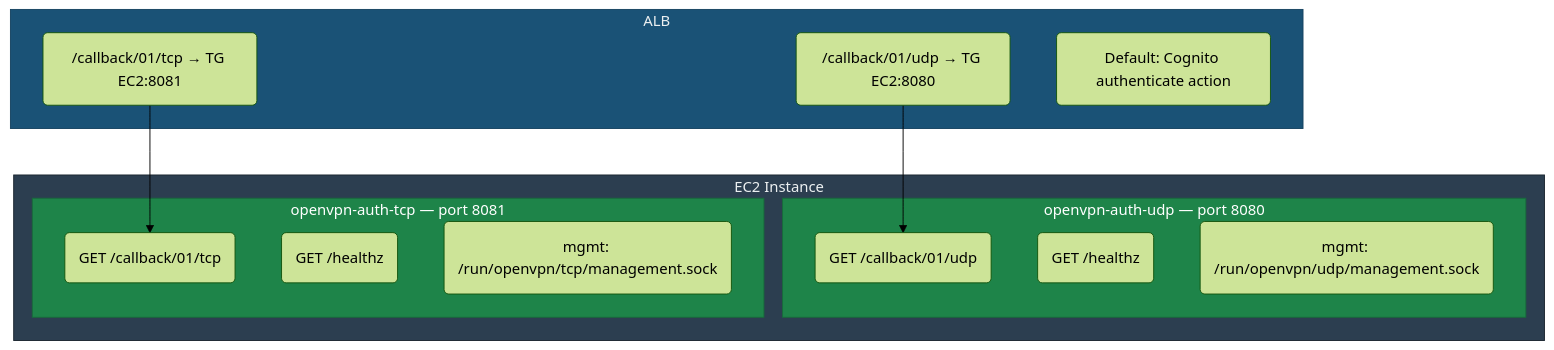
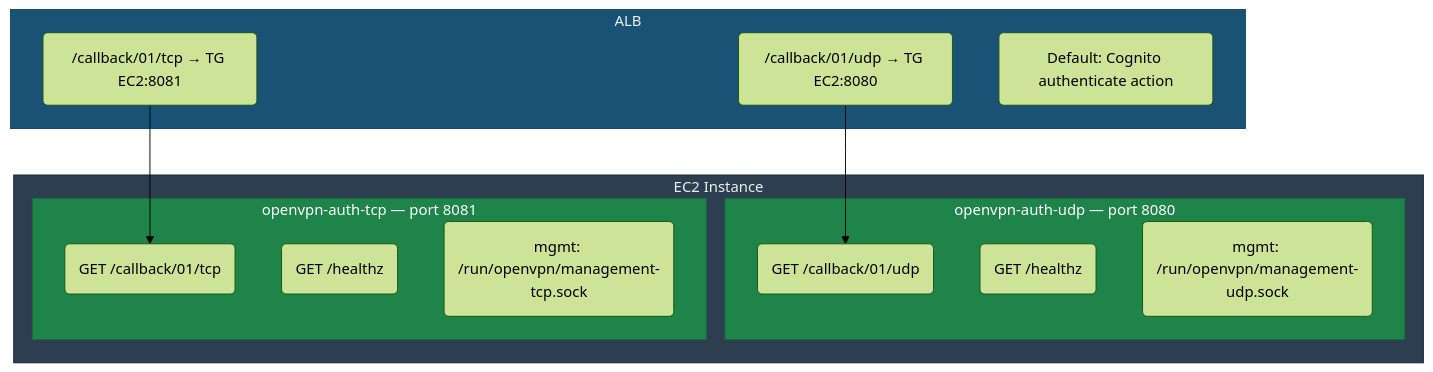
Before and after one commit to luk-kop/openvpn-auth-aws: the second of 6 diagrams in docs/architecture.md, drawn with Mermaid (forest theme). The commit also changed other lines of this file and 26 other files, not shown here.

````diff
--- a/docs/architecture.md
+++ b/docs/architecture.md
@@ -110,29 +112,29 @@
 ```mermaid
 graph TD
     subgraph EC2["EC2 Instance"]
         subgraph UDP["openvpn-auth-udp — port 8080"]
             UDP_CB("GET /callback/01/udp")
             UDP_HZ("GET /healthz")
-            UDP_MGMT("mgmt: /run/openvpn/udp/management.sock")
+            UDP_MGMT("mgmt: /run/openvpn/management-udp.sock")
         end
         subgraph TCP["openvpn-auth-tcp — port 8081"]
             TCP_CB("GET /callback/01/tcp")
             TCP_HZ("GET /healthz")
-            TCP_MGMT("mgmt: /run/openvpn/tcp/management.sock")
+            TCP_MGMT("mgmt: /run/openvpn/management-tcp.sock")
         end
     end
 
     subgraph ALB["ALB"]
         R_UDP("/callback/01/udp → TG EC2:8080")
         R_TCP("/callback/01/tcp → TG EC2:8081")
         R_DEF("Default: Cognito authenticate action")
     end
 
     R_UDP --> UDP_CB
     R_TCP --> TCP_CB
 
     style EC2 fill:#2c3e50,stroke:#1a252f,color:#ecf0f1
     style UDP fill:#1e8449,stroke:#186a3b,color:#fff
     style TCP fill:#1e8449,stroke:#186a3b,color:#fff
     style ALB fill:#1a5276,stroke:#154360,color:#ecf0f1
 ```
````
